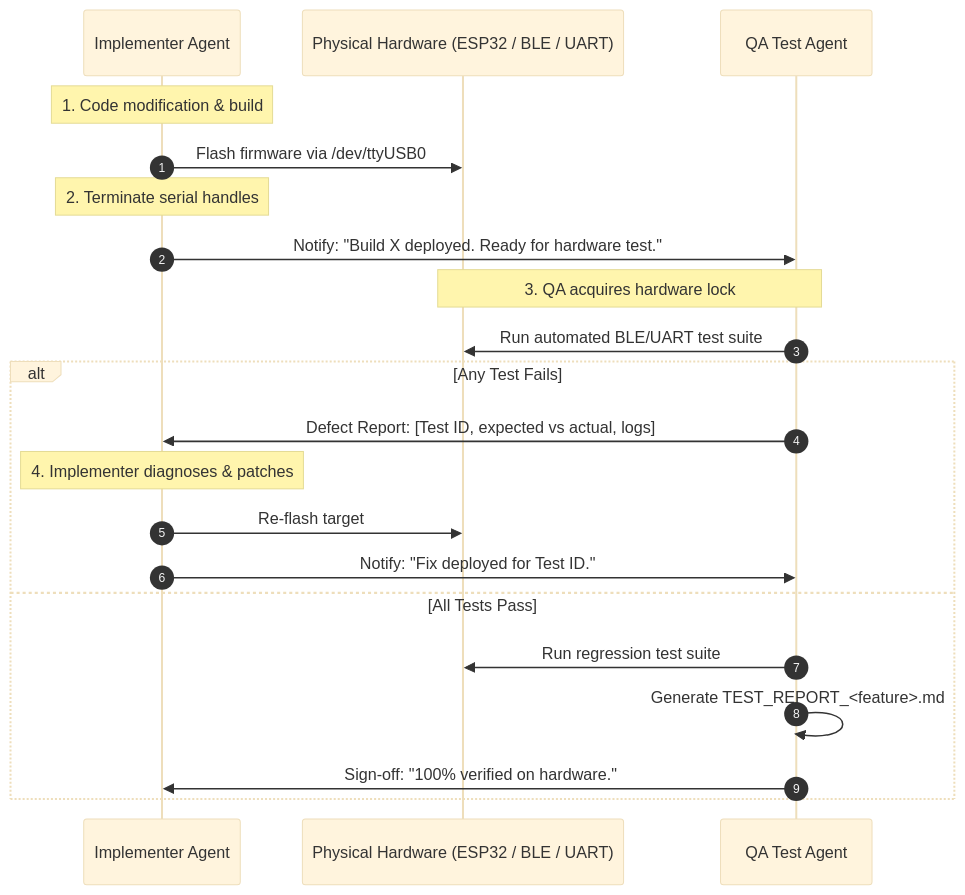
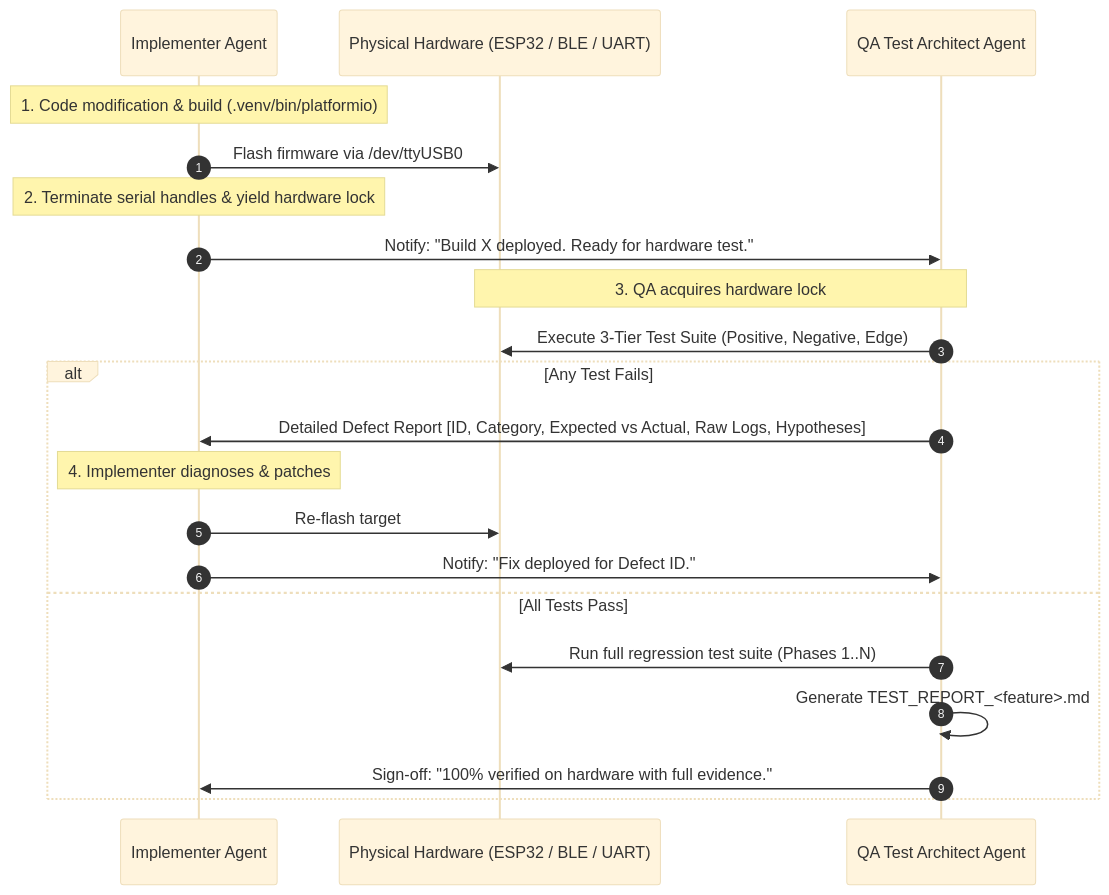
The diagram in .agent/skills/vci-tdd-team/SKILL.md (aam2kor/obd_scanner), drawn with Mermaid (base theme) before and after one commit. The commit also changed other lines of this file, not shown here.

Commit message:
feat(tdd): enhance QA Tester persona to Principal Embedded Firmware Test Architect

````diff
--- a/.agent/skills/vci-tdd-team/SKILL.md
+++ b/.agent/skills/vci-tdd-team/SKILL.md
@@ -48,24 +79,24 @@
 ```mermaid
 sequenceDiagram
     autonumber
     participant I as Implementer Agent
     participant HW as Physical Hardware (ESP32 / BLE / UART)
-    participant Q as QA Test Agent
+    participant Q as QA Test Architect Agent
 
-    Note over I: 1. Code modification & build
+    Note over I: 1. Code modification & build (.venv/bin/platformio)
     I->>HW: Flash firmware via /dev/ttyUSB0
-    Note over I: 2. Terminate serial handles
+    Note over I: 2. Terminate serial handles & yield hardware lock
     I->>Q: Notify: "Build X deployed. Ready for hardware test."
     Note over Q,HW: 3. QA acquires hardware lock
-    Q->>HW: Run automated BLE/UART test suite
+    Q->>HW: Execute 3-Tier Test Suite (Positive, Negative, Edge)
     alt Any Test Fails
-        Q->>I: Defect Report: [Test ID, expected vs actual, logs]
+        Q->>I: Detailed Defect Report [ID, Category, Expected vs Actual, Raw Logs, Hypotheses]
         Note over I: 4. Implementer diagnoses & patches
         I->>HW: Re-flash target
-        I->>Q: Notify: "Fix deployed for Test ID."
+        I->>Q: Notify: "Fix deployed for Defect ID."
     else All Tests Pass
-        Q->>HW: Run regression test suite
+        Q->>HW: Run full regression test suite (Phases 1..N)
         Q->>Q: Generate TEST_REPORT_<feature>.md
-        Q->>I: Sign-off: "100% verified on hardware."
+        Q->>I: Sign-off: "100% verified on hardware with full evidence."
     end
 ```
````
